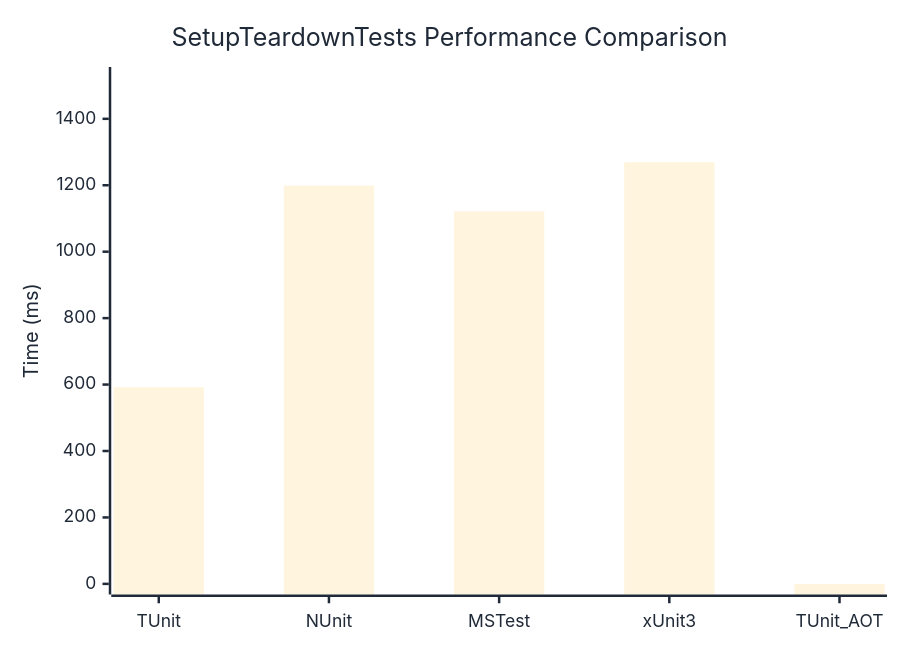
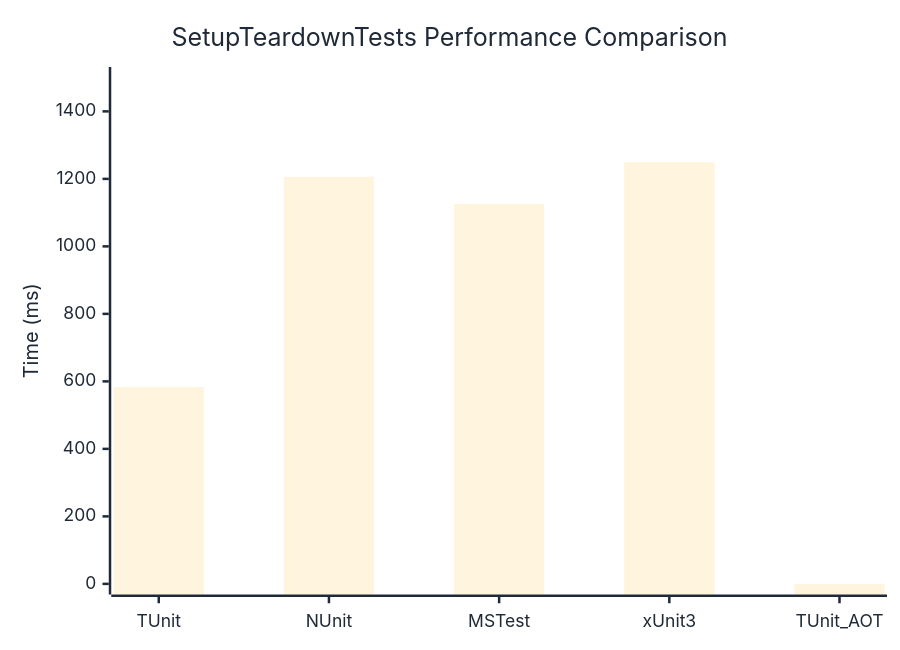
One commit to thomhurst/TUnit changed the diagram in docs/docs/benchmarks/SetupTeardownTests.md. Above: the diagram before and after it, drawn with Mermaid. The commit also changed other lines of this file and 17 other files, not shown here.

````diff
--- a/docs/docs/benchmarks/SetupTeardownTests.md
+++ b/docs/docs/benchmarks/SetupTeardownTests.md
@@ -27,37 +27,37 @@
 ```mermaid
 %%{init: {
   'theme':'base',
   'themeVariables': {
     'primaryColor': '#2563eb',
     'primaryTextColor': '#1f2937',
     'primaryBorderColor': '#1e40af',
     'lineColor': '#6b7280',
     'secondaryColor': '#7c3aed',
     'tertiaryColor': '#dc2626',
     'background': '#ffffff',
     'mainBkg': '#2563eb',
     'secondBkg': '#7c3aed',
     'tertiaryBkg': '#dc2626',
     'clusterBkg': '#f3f4f6',
     'edgeLabelBackground': '#ffffff',
     'tertiaryTextColor': '#1f2937',
     'pie1': '#2563eb',
     'pie2': '#7c3aed',
     'pie3': '#dc2626',
     'pie4': '#f59e0b',
     'pie5': '#10b981',
     'pie6': '#06b6d4',
     'pie7': '#ec4899',
     'pie8': '#6366f1',
     'pie9': '#84cc16',
     'pie10': '#f97316',
     'pie11': '#14b8a6',
     'pie12': '#a855f7'
   }
 }}%%
 xychart-beta
   title "SetupTeardownTests Performance Comparison"
   x-axis ["TUnit", "NUnit", "MSTest", "xUnit3", "TUnit_AOT"]
-  y-axis "Time (ms)" 0 --> 1524
-  bar [592, 1198.8, 1121.5, 1269.3, 0]
+  y-axis "Time (ms)" 0 --> 1500
+  bar [583.4, 1206.2, 1125.4, 1249.6, 0]
 ```
````
